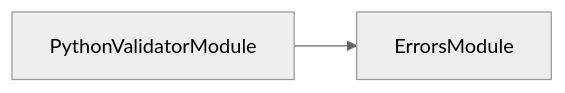
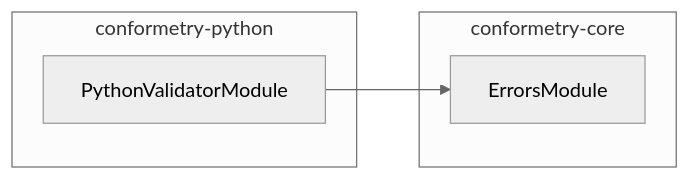
The second of 2 diagrams in packages/conformetry-python/README.md (JimmyPaolini/codebase), drawn with Mermaid (neutral theme) before and after one commit. The commit also changed other lines of this file and 71 other files, not shown here.

Commit message:
feat(synchronization): ✨ group module graphs by package and add nx project graphs

````diff
--- a/packages/conformetry-python/README.md
+++ b/packages/conformetry-python/README.md
@@ -40,4 +63,10 @@
 ```mermaid
 flowchart LR
+  subgraph group0["conformetry-python"]
+    PythonValidatorModule
+  end
+  subgraph group1["conformetry-core"]
+    ErrorsModule
+  end
   PythonValidatorModule --> ErrorsModule
 ```
````
